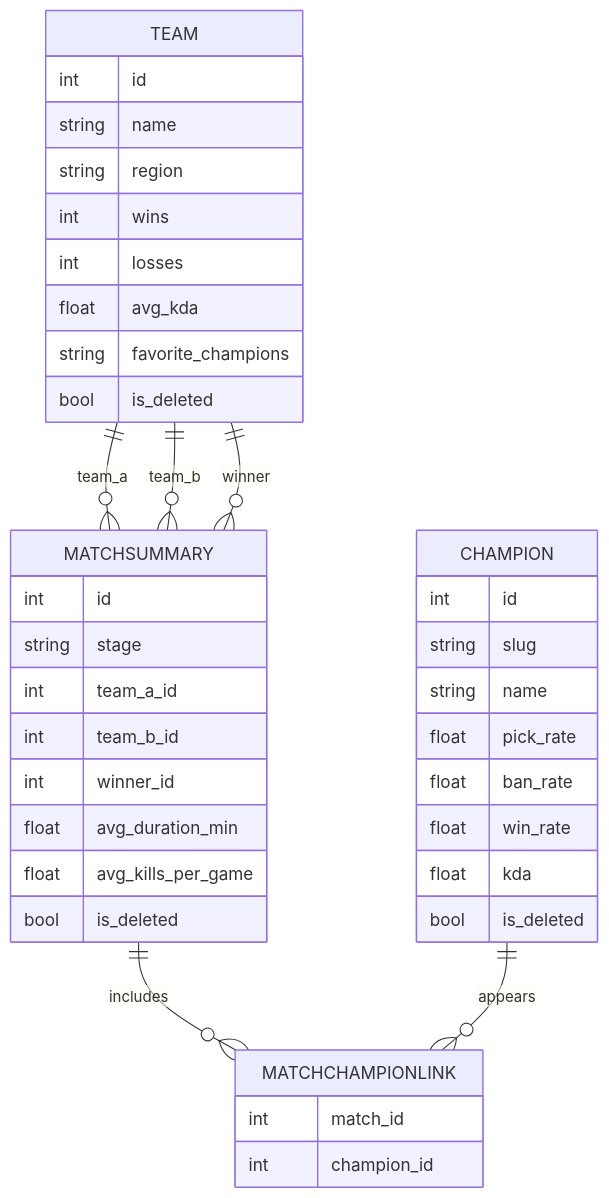
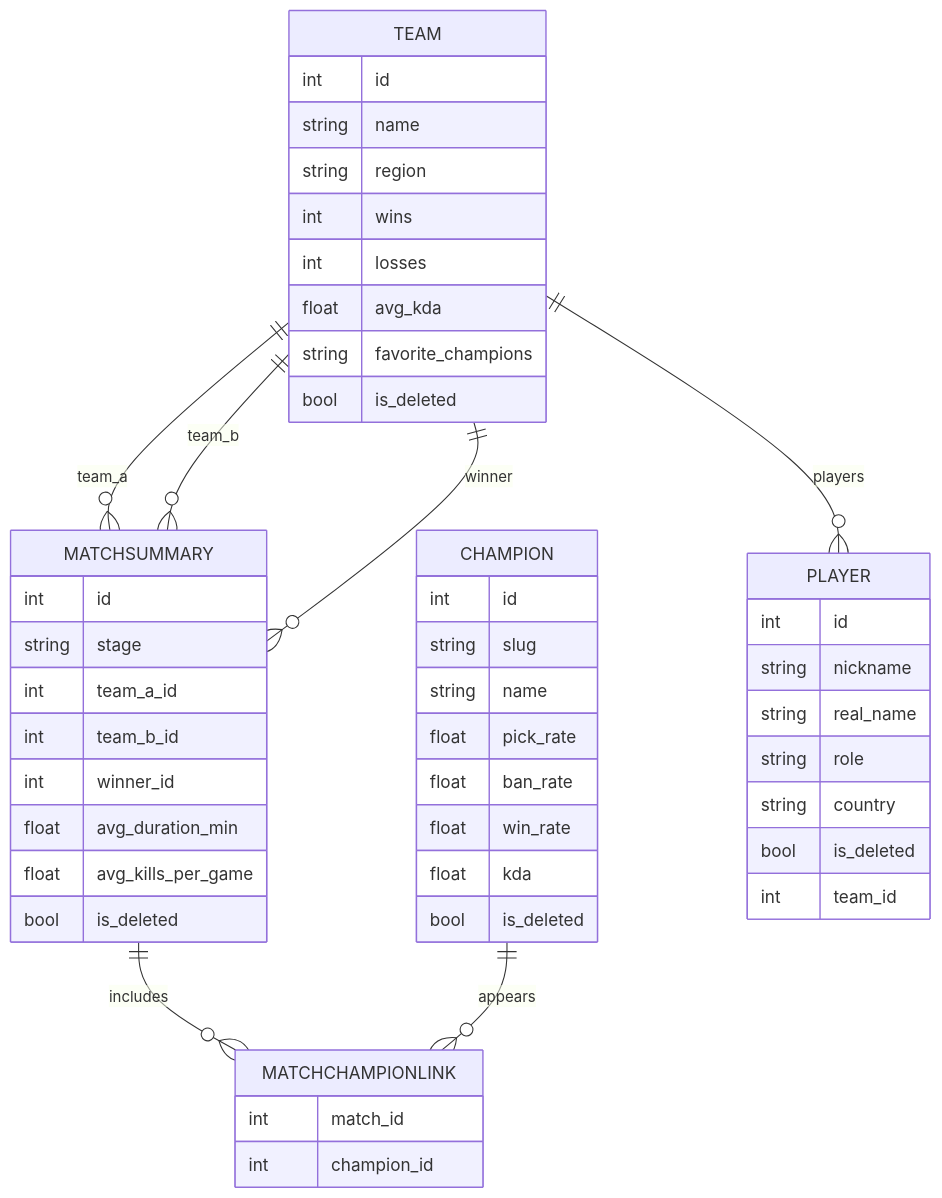
One commit to Jowel123v/Proyectov1LoL changed the diagram in README.md. Above: the diagram before and after it, drawn with Mermaid. The commit also changed other lines of this file, not shown here.

Commit message:
Update redme

````diff
--- a/README.md
+++ b/README.md
@@ -127,46 +127,58 @@
 ```mermaid
 erDiagram
     CHAMPION {
         int id
         string slug
         string name
         float pick_rate
         float ban_rate
         float win_rate
         float kda
         bool is_deleted
     }
 
     TEAM {
         int id
         string name
         string region
         int wins
         int losses
         float avg_kda
         string favorite_champions
         bool is_deleted
     }
 
     MATCHSUMMARY {
         int id
         string stage
         int team_a_id
         int team_b_id
         int winner_id
         float avg_duration_min
         float avg_kills_per_game
         bool is_deleted
     }
 
     MATCHCHAMPIONLINK {
         int match_id
         int champion_id
     }
 
+    PLAYER {
+        int id
+        string nickname
+        string real_name
+        string role
+        string country
+        bool is_deleted
+        int team_id
+    }
+
     TEAM ||--o{ MATCHSUMMARY : team_a
     TEAM ||--o{ MATCHSUMMARY : team_b
     TEAM ||--o{ MATCHSUMMARY : winner
     MATCHSUMMARY ||--o{ MATCHCHAMPIONLINK : includes
     CHAMPION ||--o{ MATCHCHAMPIONLINK : appears
+    TEAM ||--o{ PLAYER : players
+
 ```
````
